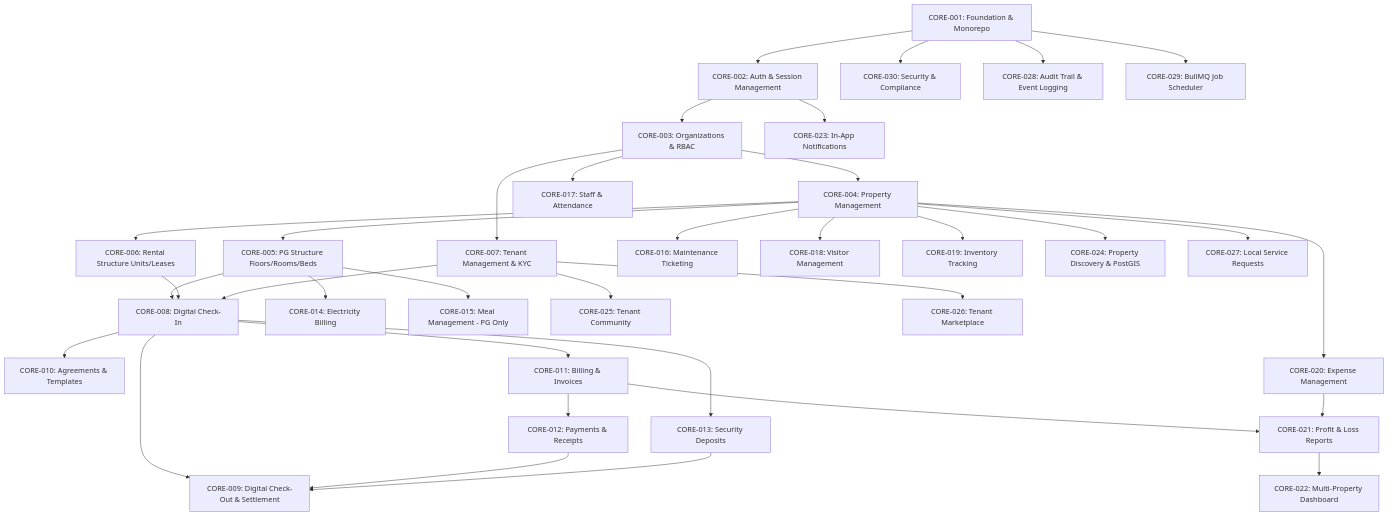
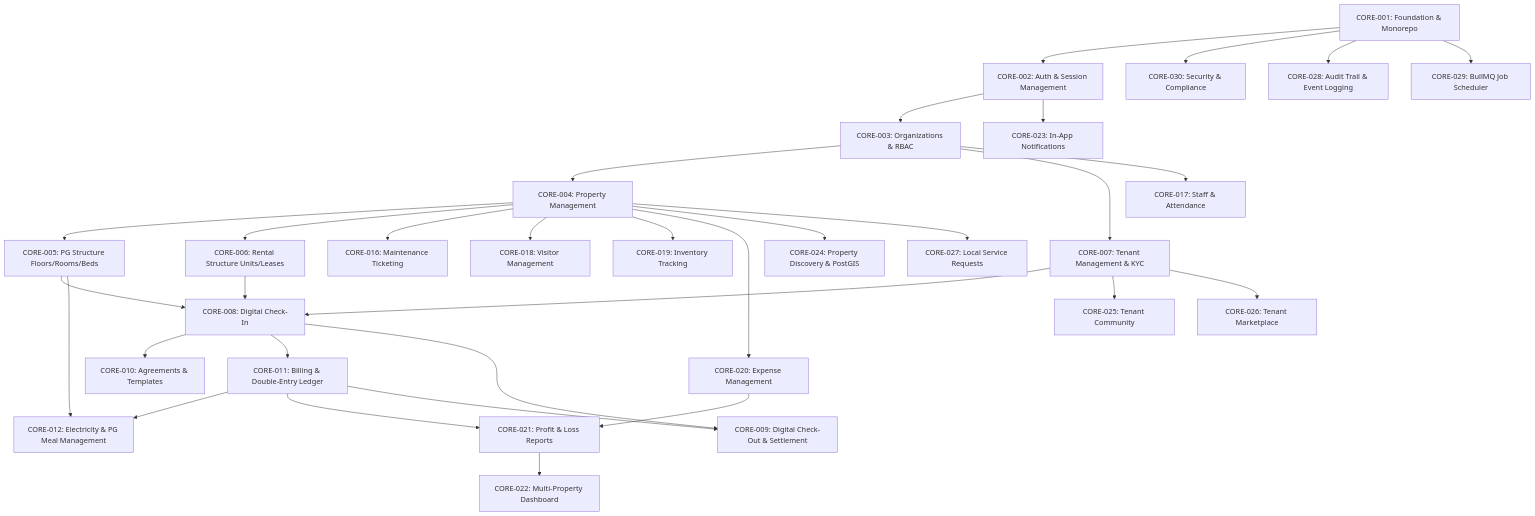
The diagram in docs/FEATURE_DEPENDENCIES.md (HariharanM-AI/Multi-Property-Management-software), drawn with Mermaid before and after one commit. The commit also changed other lines of this file and 27 other files, not shown here.

Commit message:
feat: complete CORE-012 electricity and pg meal management foundation

````diff
--- a/docs/FEATURE_DEPENDENCIES.md
+++ b/docs/FEATURE_DEPENDENCIES.md
@@ -5,47 +5,43 @@
 ```mermaid
 graph TD
     CORE001[CORE-001: Foundation & Monorepo] --> CORE002[CORE-002: Auth & Session Management]
     CORE001 --> CORE030[CORE-030: Security & Compliance]
     
     CORE002 --> CORE003[CORE-003: Organizations & RBAC]
     CORE003 --> CORE004[CORE-004: Property Management]
     
     CORE004 --> CORE005[CORE-005: PG Structure Floors/Rooms/Beds]
     CORE004 --> CORE006[CORE-006: Rental Structure Units/Leases]
     
     CORE003 --> CORE007[CORE-007: Tenant Management & KYC]
     CORE005 --> CORE008[CORE-008: Digital Check-In]
     CORE006 --> CORE008
     CORE007 --> CORE008
     
     CORE008 --> CORE010[CORE-010: Agreements & Templates]
-    CORE008 --> CORE011[CORE-011: Billing & Invoices]
-    CORE011 --> CORE012[CORE-012: Payments & Receipts]
-    CORE008 --> CORE013[CORE-013: Security Deposits]
-    
-    CORE005 --> CORE014[CORE-014: Electricity Billing]
-    CORE005 --> CORE015[CORE-015: Meal Management - PG Only]
+    CORE008 --> CORE011[CORE-011: Billing & Double-Entry Ledger]
+    CORE011 --> CORE012[CORE-012: Electricity & PG Meal Management]
+    CORE005 --> CORE012
     
     CORE004 --> CORE016[CORE-016: Maintenance Ticketing]
     CORE003 --> CORE017[CORE-017: Staff & Attendance]
     CORE004 --> CORE018[CORE-018: Visitor Management]
     CORE004 --> CORE019[CORE-019: Inventory Tracking]
     CORE004 --> CORE020[CORE-020: Expense Management]
     
     CORE011 --> CORE021[CORE-021: Profit & Loss Reports]
     CORE020 --> CORE021
     
     CORE021 --> CORE022[CORE-022: Multi-Property Dashboard]
     CORE008 --> CORE009[CORE-009: Digital Check-Out & Settlement]
-    CORE012 --> CORE009
-    CORE013 --> CORE009
+    CORE011 --> CORE009
     
     CORE002 --> CORE023[CORE-023: In-App Notifications]
     CORE004 --> CORE024[CORE-024: Property Discovery & PostGIS]
     CORE007 --> CORE025[CORE-025: Tenant Community]
     CORE007 --> CORE026[CORE-026: Tenant Marketplace]
     CORE004 --> CORE027[CORE-027: Local Service Requests]
     
     CORE001 --> CORE028[CORE-028: Audit Trail & Event Logging]
     CORE001 --> CORE029[CORE-029: BullMQ Job Scheduler]
 ```
````
